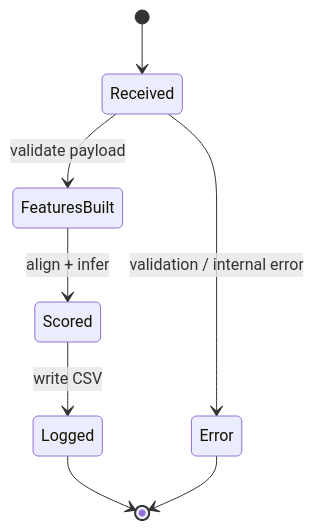
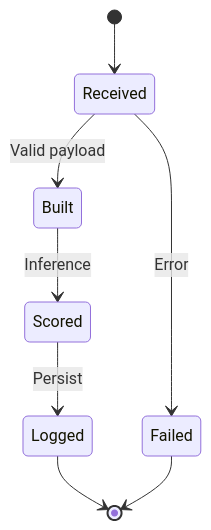
Before and after one commit to nhahub/NHA-4-190: the eighth of 9 diagrams in docs/03_system_design.md, drawn with Mermaid. The commit also changed other lines of this file and 8 other files, not shown here.

````diff
--- a/docs/03_system_design.md
+++ b/docs/03_system_design.md
@@ -148,10 +145,10 @@
 ```mermaid
 stateDiagram-v2
   [*] --> Received
-  Received --> FeaturesBuilt: validate payload
-  FeaturesBuilt --> Scored: align + infer
-  Scored --> Logged: write CSV
+  Received --> Built: Valid payload
+  Built --> Scored: Inference
+  Scored --> Logged: Persist
   Logged --> [*]
-  Received --> Error: validation / internal error
-  Error --> [*]
+  Received --> Failed: Error
+  Failed --> [*]
 ```
````
